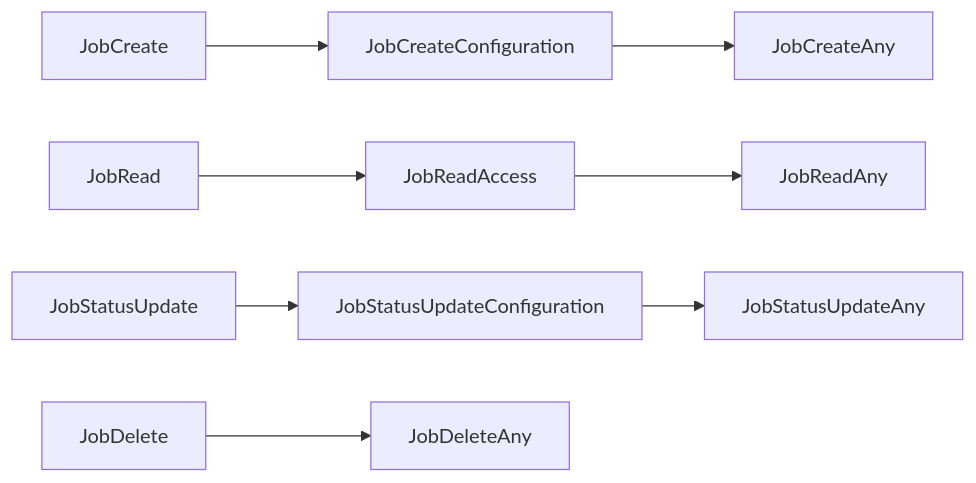
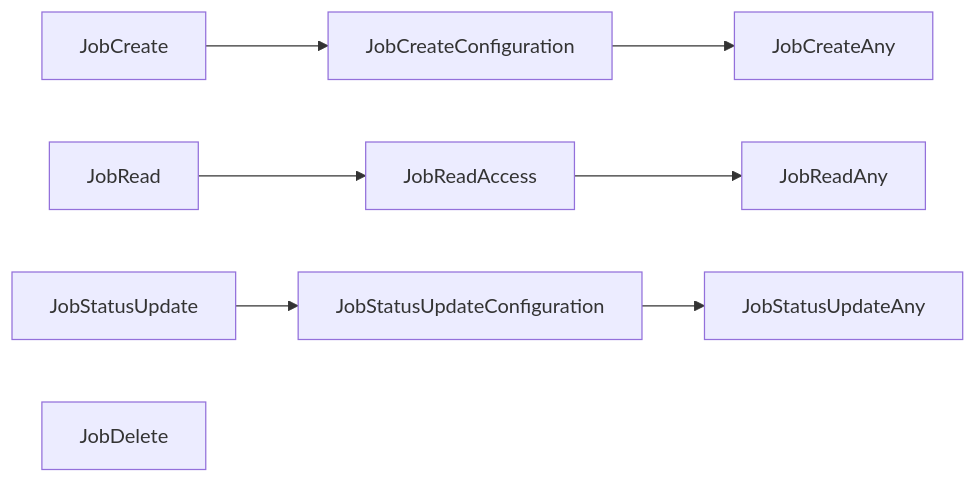
One commit to SciCatProject/documentation changed the first of 2 diagrams in Development/v4.x/backend/authorization/authorization_jobs.md. Above: the diagram before and after it, drawn with Mermaid. The commit also changed other lines of this file and 2 other files, not shown here.

Commit message:
document job auth

````diff
--- a/Development/v4.x/backend/authorization/authorization_jobs.md
+++ b/Development/v4.x/backend/authorization/authorization_jobs.md
@@ -24,10 +23,10 @@
 ```mermaid
 graph LR;
     JobCreate-->JobCreateConfiguration;
     JobCreateConfiguration-->JobCreateAny;
     JobRead-->JobReadAccess;
     JobReadAccess-->JobReadAny;
     JobStatusUpdate-->JobStatusUpdateConfiguration;
     JobStatusUpdateConfiguration-->JobStatusUpdateAny;
-    JobDelete-->JobDeleteAny;
+    JobDelete;
 ```
````
